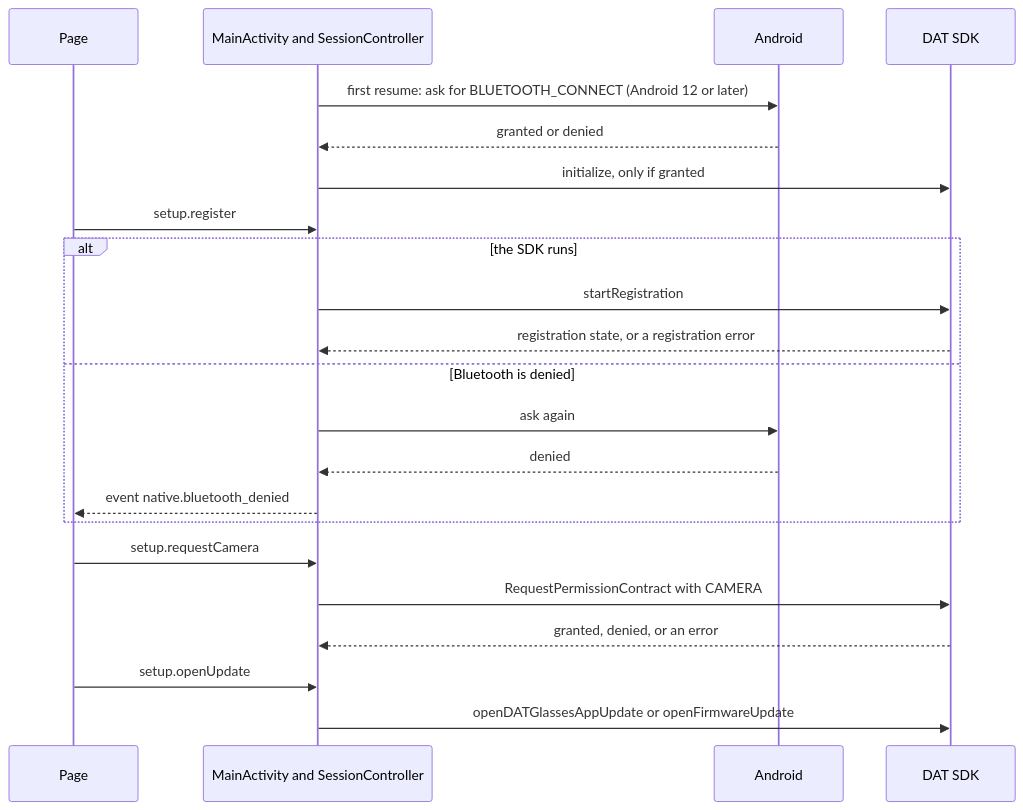
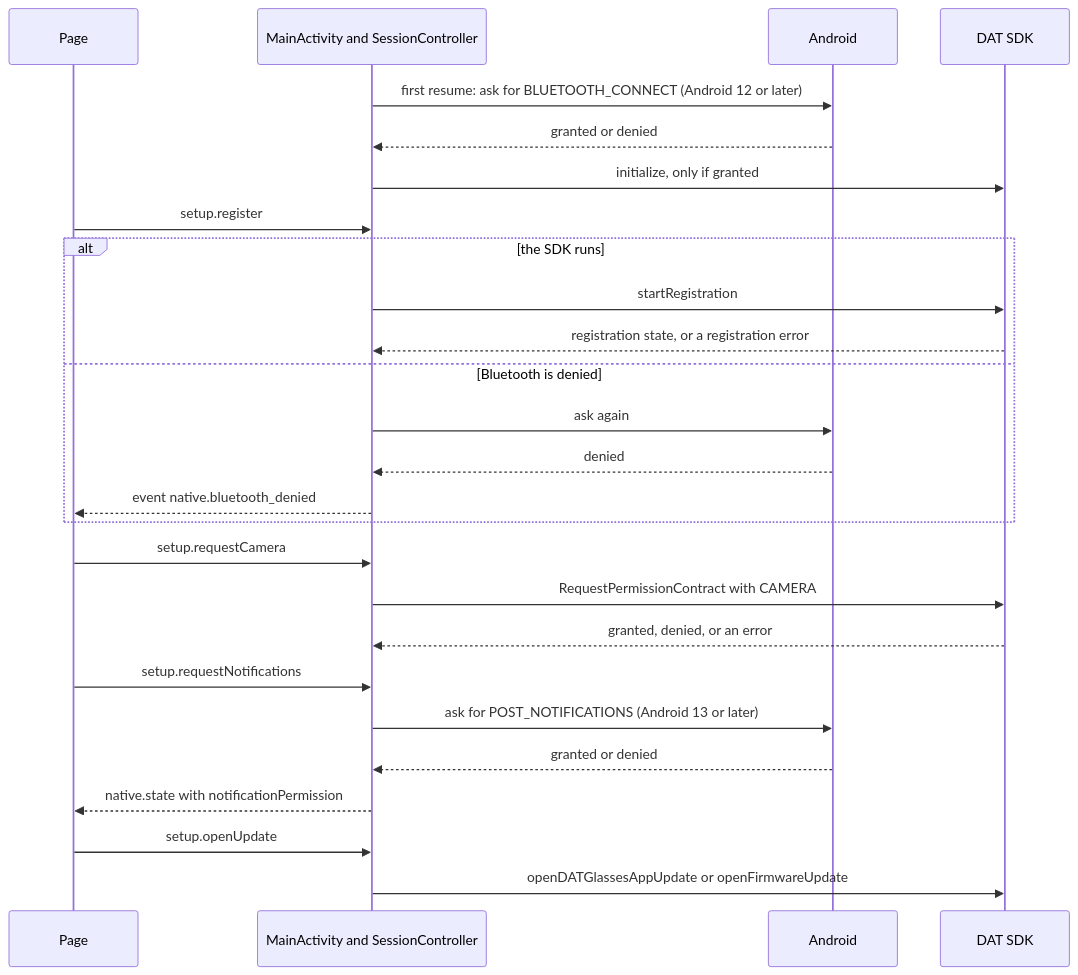
The second of 8 diagrams in apps/mobile/android/README.md (mrBymax/glance), drawn with Mermaid before and after one commit. The commit also changed other lines of this file and 6 other files, not shown here.

````diff
--- a/apps/mobile/android/README.md
+++ b/apps/mobile/android/README.md
@@ -75,24 +79,28 @@
 ```mermaid
 sequenceDiagram
     participant Page
     participant App as MainActivity and SessionController
     participant Android
     participant Sdk as DAT SDK
     App->>Android: first resume: ask for BLUETOOTH_CONNECT (Android 12 or later)
     Android-->>App: granted or denied
     App->>Sdk: initialize, only if granted
     Page->>App: setup.register
     alt the SDK runs
         App->>Sdk: startRegistration
         Sdk-->>App: registration state, or a registration error
     else Bluetooth is denied
         App->>Android: ask again
         Android-->>App: denied
         App-->>Page: event native.bluetooth_denied
     end
     Page->>App: setup.requestCamera
     App->>Sdk: RequestPermissionContract with CAMERA
     Sdk-->>App: granted, denied, or an error
+    Page->>App: setup.requestNotifications
+    App->>Android: ask for POST_NOTIFICATIONS (Android 13 or later)
+    Android-->>App: granted or denied
+    App-->>Page: native.state with notificationPermission
     Page->>App: setup.openUpdate
     App->>Sdk: openDATGlassesAppUpdate or openFirmwareUpdate
 ```
````
